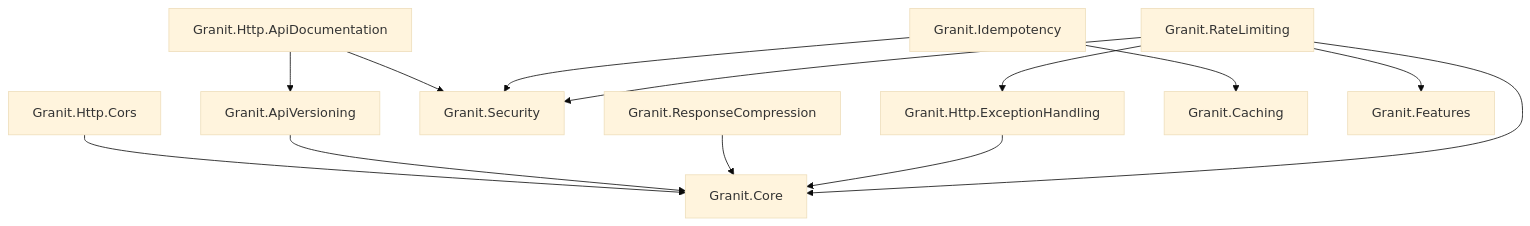
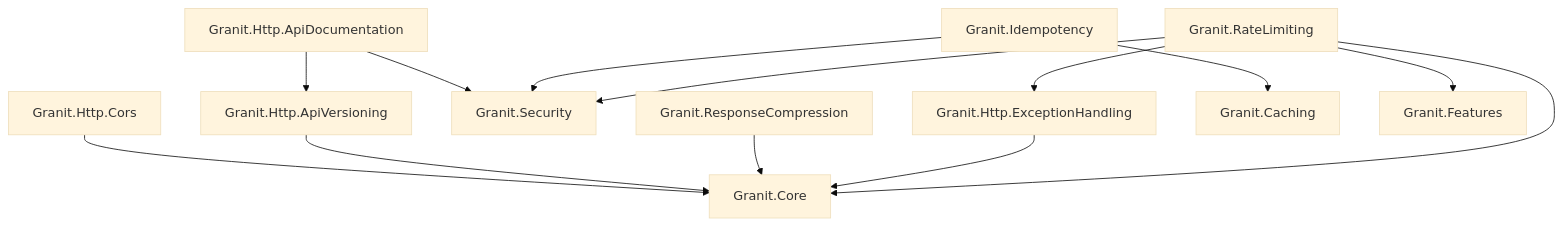
One commit to granit-fx/granit-dotnet changed the diagram in docs-site/src/content/docs/dotnet/api/index.mdx. Above: the diagram before and after it, drawn with Mermaid (base theme). The commit also changed 45 other files, not shown here.

First line of the commit message:
refactor: rename Granit.ApiVersioning to Granit.Http.ApiVersioning

````diff
--- a/docs-site/src/content/docs/dotnet/api/index.mdx
+++ b/docs-site/src/content/docs/dotnet/api/index.mdx
@@ -49,15 +49,15 @@
 ```mermaid
 graph TD
     CORS[Granit.Http.Cors] --> CO[Granit.Core]
-    AV[Granit.ApiVersioning] --> CO
+    AV[Granit.Http.ApiVersioning] --> CO
     AD[Granit.Http.ApiDocumentation] --> AV
     AD --> SEC[Granit.Security]
     RC[Granit.ResponseCompression] --> CO
     EH[Granit.Http.ExceptionHandling] --> CO
     ID[Granit.Idempotency] --> CA[Granit.Caching]
     ID --> SEC
     RL[Granit.RateLimiting] --> CO
     RL --> EH
     RL --> FT[Granit.Features]
     RL --> SEC
 ```
````
